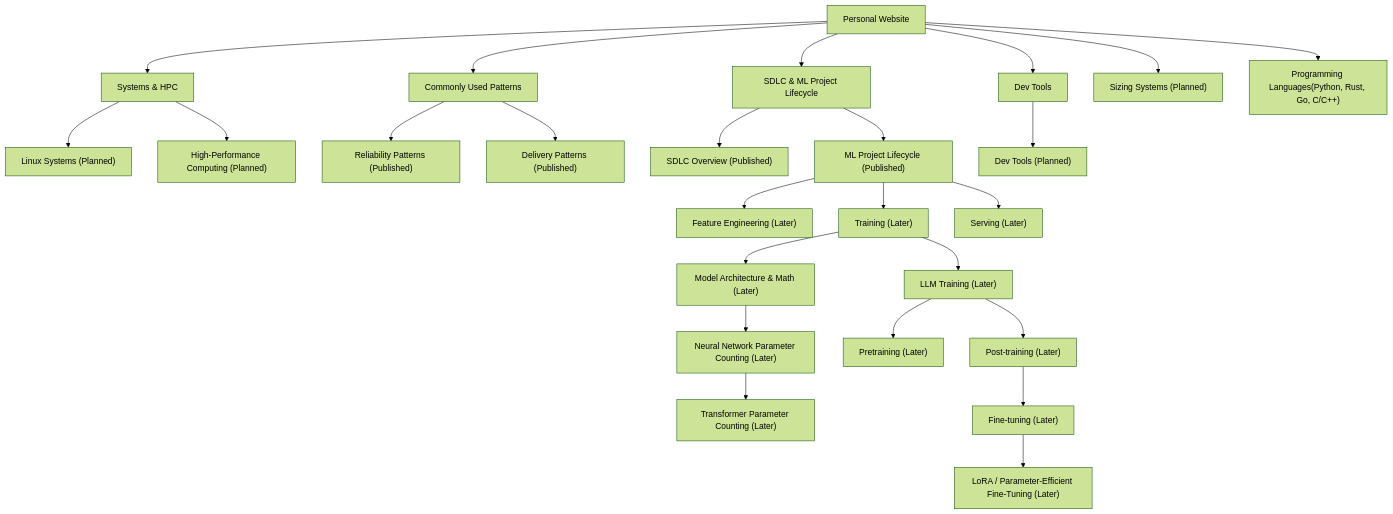
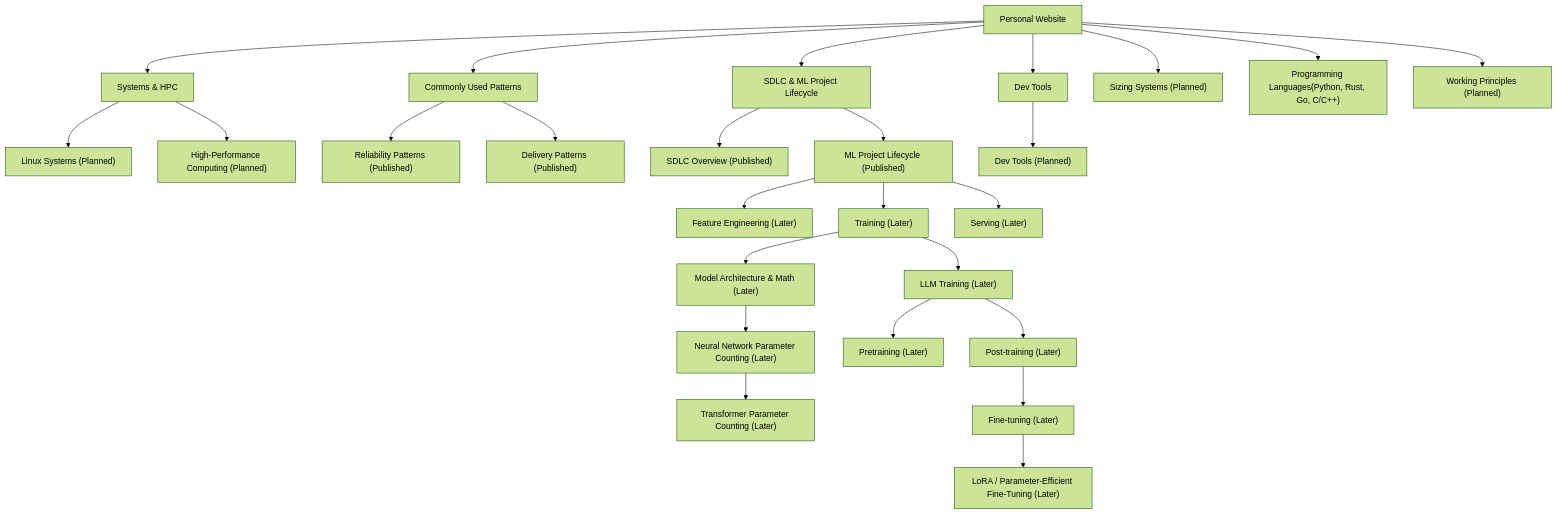
The diagram in src/roadmap/index.md (HCharlie/HCharlie.github.io), drawn with Mermaid (forest theme) before and after one commit. The commit also changed 1 other file, not shown here.

Commit message:
Add working principles roadmap

```diff
--- a/src/roadmap/index.md
+++ b/src/roadmap/index.md
@@ -11,54 +11,56 @@
 <pre class="mermaid">
 flowchart TD
     Site["Personal Website"]
     Patterns["Commonly Used Patterns"]
     Lifecycle["SDLC &amp; ML Project Lifecycle"]
     Tools["Dev Tools"]
     SystemsHPC["Systems &amp; HPC"]
     SizingSystems["Sizing Systems (Planned)"]
     LinuxSystems["Linux Systems (Planned)"]
     HPC["High-Performance Computing (Planned)"]
     Languages["Programming Languages(Python, Rust, Go, C/C++)"]
+    WorkingPrinciples["Working Principles (Planned)"]
     Reliability["Reliability Patterns (Published)"]
     DeliveryPatterns["Delivery Patterns (Published)"]
     SDLC["SDLC Overview (Published)"]
     ML["ML Project Lifecycle (Published)"]
     FeatureEngineering["Feature Engineering (Later)"]
     Training["Training (Later)"]
     ModelMath["Model Architecture &amp; Math (Later)"]
     ParameterCounting["Neural Network Parameter Counting (Later)"]
     TransformerParams["Transformer Parameter Counting (Later)"]
     LLMTraining["LLM Training (Later)"]
     Pretraining["Pretraining (Later)"]
     PostTraining["Post-training (Later)"]
     FineTuning["Fine-tuning (Later)"]
     LoRA["LoRA / Parameter-Efficient Fine-Tuning (Later)"]
     Serving["Serving (Later)"]
 
     Site --> Patterns
     Site --> Lifecycle
     Site --> Tools
     Site --> SystemsHPC
     Site --> SizingSystems
     SystemsHPC --> LinuxSystems
     SystemsHPC --> HPC
     Site --> Languages
+    Site --> WorkingPrinciples
     Patterns --> Reliability
     Patterns --> DeliveryPatterns
     Lifecycle --> SDLC
     click SDLC "/sdlc/" "Read the SDLC overview"
     Lifecycle --> ML
     click ML "/ml/" "Explore Machine Learning"
     Tools --> DevTools["Dev Tools (Planned)"]
     ML --> FeatureEngineering
     ML --> Training
     ML --> Serving
     Training --> ModelMath
     ModelMath --> ParameterCounting
     ParameterCounting --> TransformerParams
     Training --> LLMTraining
     LLMTraining --> Pretraining
     LLMTraining --> PostTraining
     PostTraining --> FineTuning
     FineTuning --> LoRA
 </pre>
```
